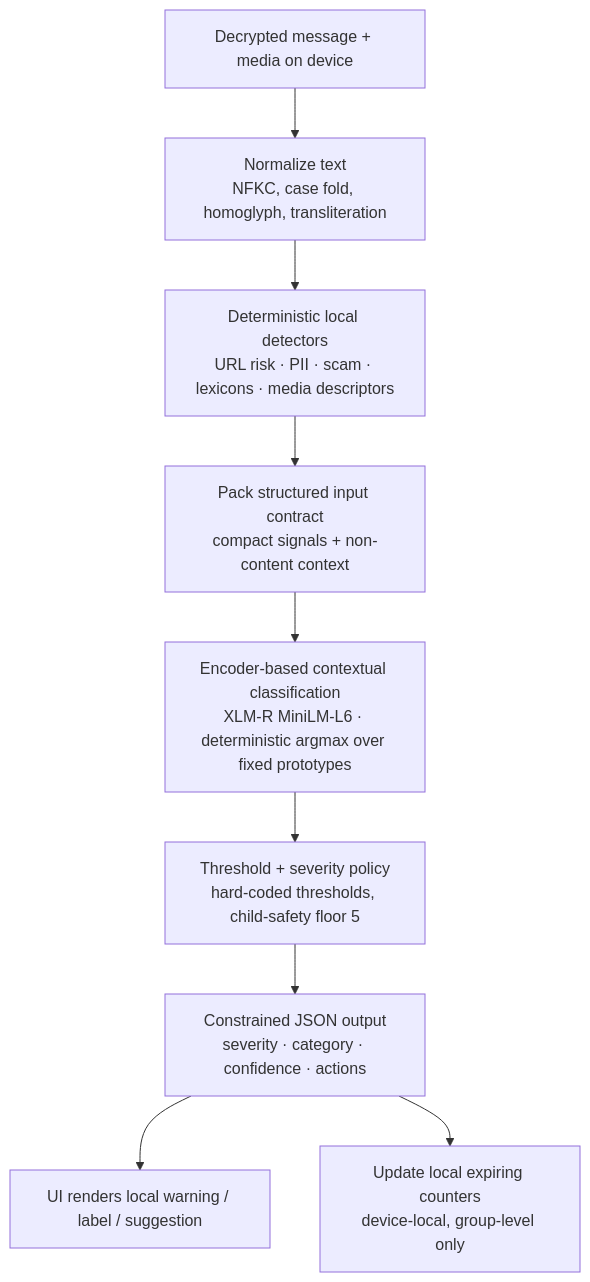
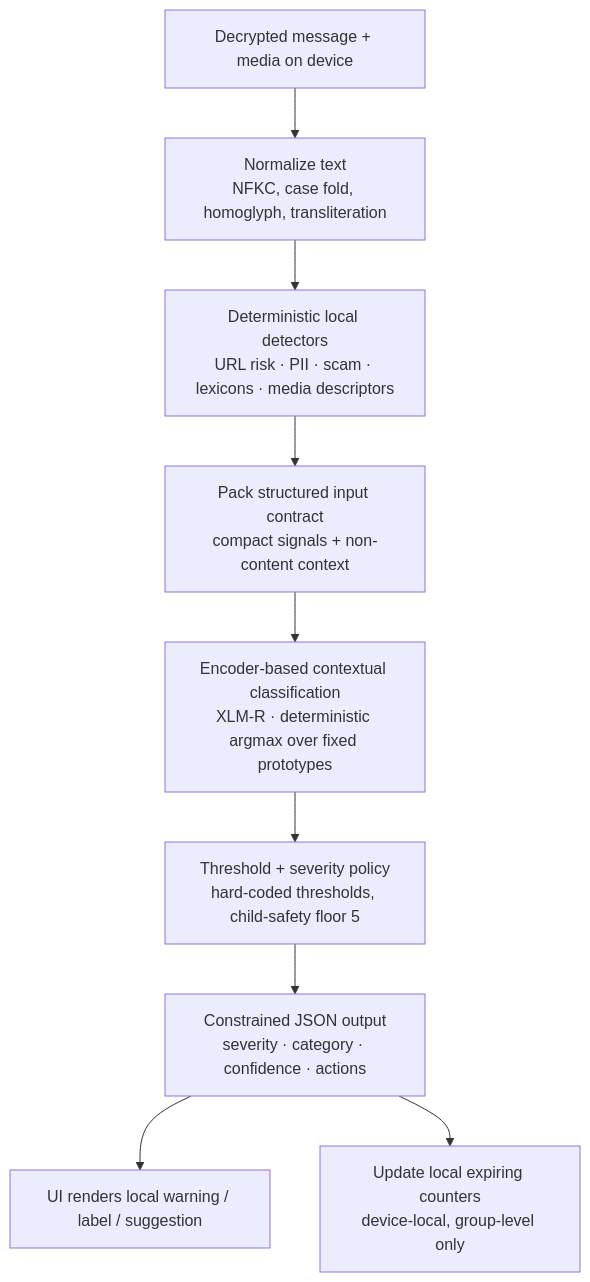
One commit to kennguy3n/slm-guardrail changed the first of 2 diagrams in ARCHITECTURE.md. Above: the diagram before and after it, drawn with Mermaid. The commit also changed other lines of this file and 26 other files, not shown here.

First line of the commit message:
Migrate XLM-R MiniLM-L6 to XLM-R + ONNX Runtime

````diff
--- a/ARCHITECTURE.md
+++ b/ARCHITECTURE.md
@@ -274,11 +274,11 @@
 ```mermaid
 flowchart TD
     A[Decrypted message + media on device] --> B[Normalize text<br/>NFKC, case fold, homoglyph, transliteration]
     B --> C[Deterministic local detectors<br/>URL risk · PII · scam · lexicons · media descriptors]
     C --> D[Pack structured input contract<br/>compact signals + non-content context]
-    D --> E[Encoder-based contextual classification<br/>XLM-R MiniLM-L6 · deterministic argmax over fixed prototypes]
+    D --> E[Encoder-based contextual classification<br/>XLM-R · deterministic argmax over fixed prototypes]
     E --> F[Threshold + severity policy<br/>hard-coded thresholds, child-safety floor 5]
     F --> G[Constrained JSON output<br/>severity · category · confidence · actions]
     G --> H[UI renders local warning / label / suggestion]
     G --> I[Update local expiring counters<br/>device-local, group-level only]
 ```
````
